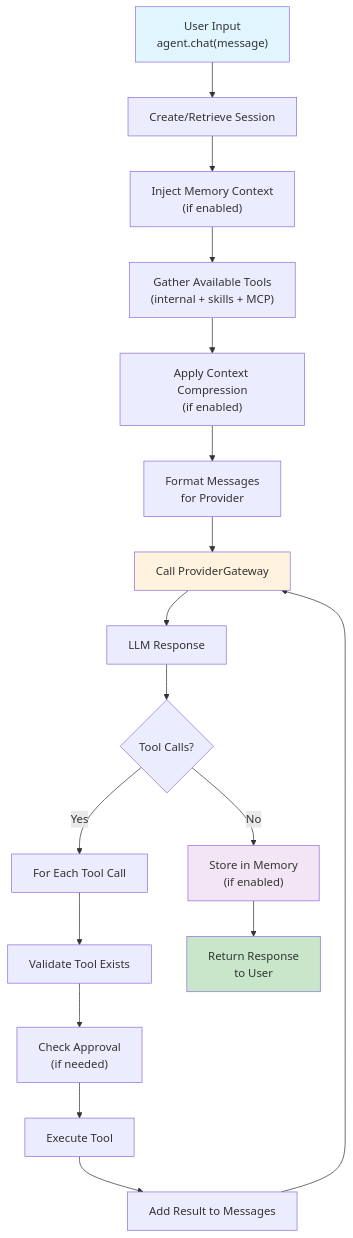
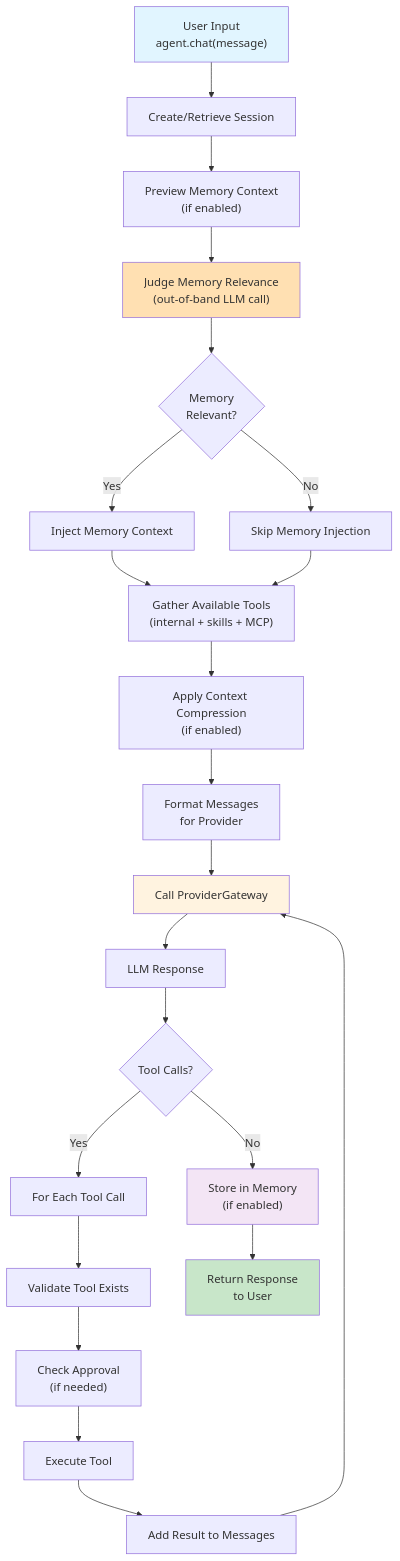
The first of 4 diagrams in docs/04-core-architecture.md (RudraModi360/Agentry), drawn with Mermaid before and after one commit. The commit also changed other lines of this file and 22 other files, not shown here.

````diff
--- a/docs/04-core-architecture.md
+++ b/docs/04-core-architecture.md
@@ -13,24 +13,30 @@
 ```mermaid
 graph TD
     A["User Input<br/>agent.chat(message)"] --> B["Create/Retrieve Session"]
-    B --> C["Inject Memory Context<br/>(if enabled)"]
-    C --> D["Gather Available Tools<br/>(internal + skills + MCP)"]
-    D --> E["Apply Context Compression<br/>(if enabled)"]
-    E --> F["Format Messages<br/>for Provider"]
-    F --> G["Call ProviderGateway"]
-    G --> H["LLM Response"]
-    H --> I{Tool Calls?}
-    I -->|Yes| J["For Each Tool Call"]
-    J --> K["Validate Tool Exists"]
-    K --> L["Check Approval<br/>(if needed)"]
-    L --> M["Execute Tool"]
-    M --> N["Add Result to Messages"]
-    N --> G
-    I -->|No| O["Store in Memory<br/>(if enabled)"]
-    O --> P["Return Response<br/>to User"]
+    B --> C["Preview Memory Context<br/>(if enabled)"]
+    C --> D["Judge Memory Relevance<br/>(out-of-band LLM call)"]
+    D --> E{Memory<br/>Relevant?}
+    E -->|Yes| F["Inject Memory Context"]
+    E -->|No| G["Skip Memory Injection"]
+    F --> H["Gather Available Tools<br/>(internal + skills + MCP)"]
+    G --> H
+    H --> I["Apply Context Compression<br/>(if enabled)"]
+    I --> J["Format Messages<br/>for Provider"]
+    J --> K["Call ProviderGateway"]
+    K --> L["LLM Response"]
+    L --> M{Tool Calls?}
+    M -->|Yes| N["For Each Tool Call"]
+    N --> O["Validate Tool Exists"]
+    O --> P["Check Approval<br/>(if needed)"]
+    P --> Q["Execute Tool"]
+    Q --> R["Add Result to Messages"]
+    R --> K
+    M -->|No| S["Store in Memory<br/>(if enabled)"]
+    S --> T["Return Response<br/>to User"]
     
     style A fill:#e1f5ff
-    style G fill:#fff3e0
-    style O fill:#f3e5f5
-    style P fill:#c8e6c9
+    style D fill:#ffe0b2
+    style K fill:#fff3e0
+    style S fill:#f3e5f5
+    style T fill:#c8e6c9
 ```
````
